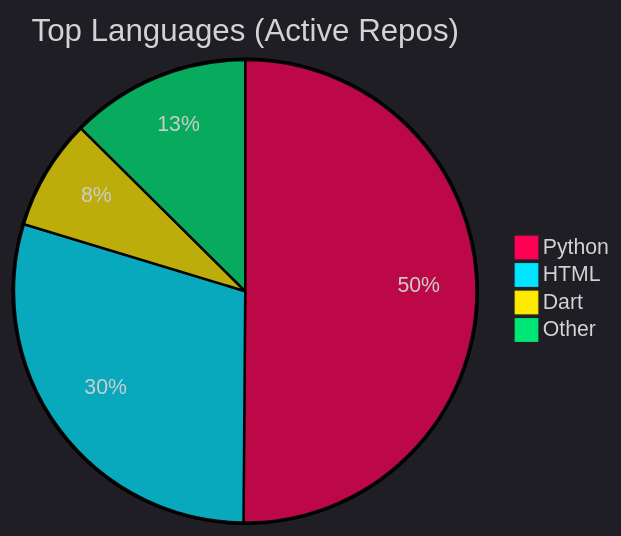
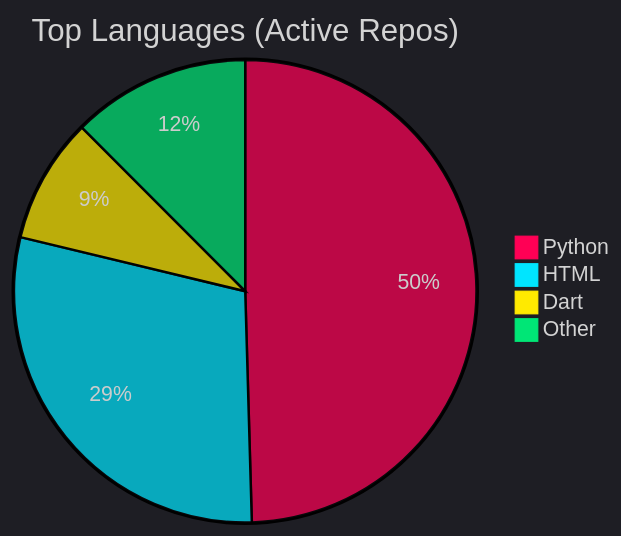
Before and after one commit to Nzettodess/Nzettodess: the diagram in README.md, drawn with Mermaid. The commit also changed other lines of this file, not shown here.

Commit message:
Update recent activity [skip ci]

````diff
--- a/README.md
+++ b/README.md
@@ -35,8 +35,8 @@
 ```mermaid
 %%{init: {'theme': 'dark', 'themeVariables': { 'pie1': '#FF0055', 'pie2': '#00E5FF', 'pie3': '#FFEA00', 'pie4': '#00E676', 'pie5': '#D500F9' }}}%%
 pie title Top Languages (Active Repos)
-    "Python" : 50.12
-    "HTML" : 29.56
-    "Dart" : 7.75
-    "Other" : 12.57
+    "Python" : 49.54
+    "HTML" : 29.21
+    "Dart" : 8.76
+    "Other" : 12.48
 ```
````
